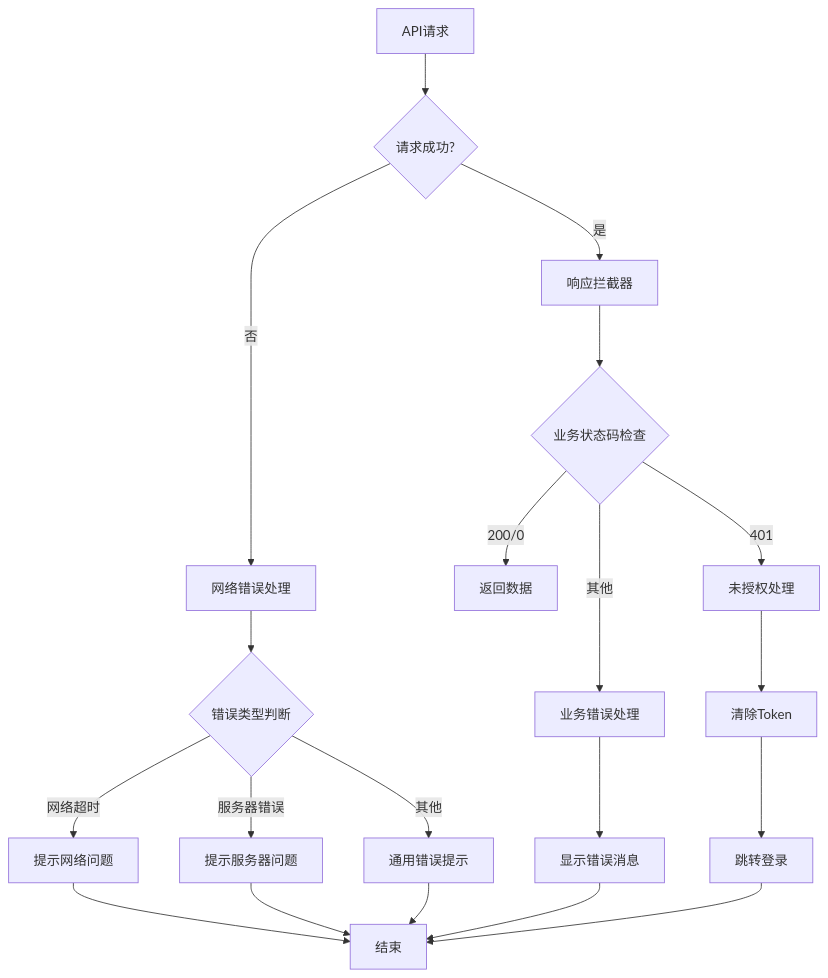
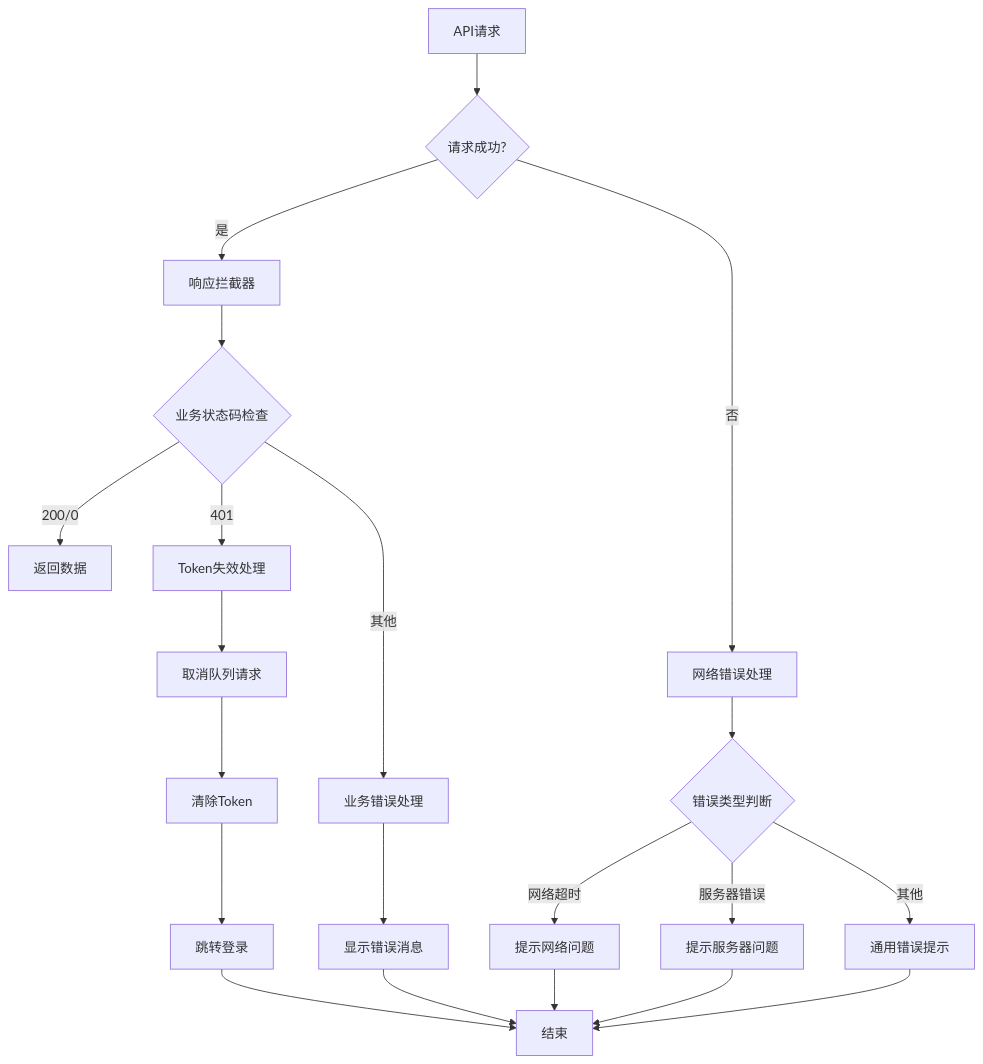
Diagram 12 of 14 in .qoder/repowiki/zh/content/API集成/API集成.md (zhibo1997/government-dashboard), drawn with Mermaid before and after one commit. The commit also changed other lines of this file and 28 other files, not shown here.

````diff
--- a/.qoder/repowiki/zh/content/API集成/API集成.md
+++ b/.qoder/repowiki/zh/content/API集成/API集成.md
@@ -382,22 +437,23 @@
 ```mermaid
 flowchart TD
 A[API请求] --> B{请求成功?}
 B --> |是| C[响应拦截器]
 B --> |否| D[网络错误处理]
 C --> E{业务状态码检查}
 E --> |200/0| F[返回数据]
-E --> |401| G[未授权处理]
+E --> |401| G[Token失效处理]
 E --> |其他| H[业务错误处理]
 D --> I{错误类型判断}
 I --> |网络超时| J[提示网络问题]
 I --> |服务器错误| K[提示服务器问题]
 I --> |其他| L[通用错误提示]
-G --> M[清除Token]
-M --> N[跳转登录]
-H --> O[显示错误消息]
-J --> P[结束]
-K --> P
-L --> P
-O --> P
-N --> P
+G --> M[取消队列请求]
+M --> N[清除Token]
+N --> O[跳转登录]
+H --> P[显示错误消息]
+J --> Q[结束]
+K --> Q
+L --> Q
+P --> Q
+O --> Q
 ```
````
